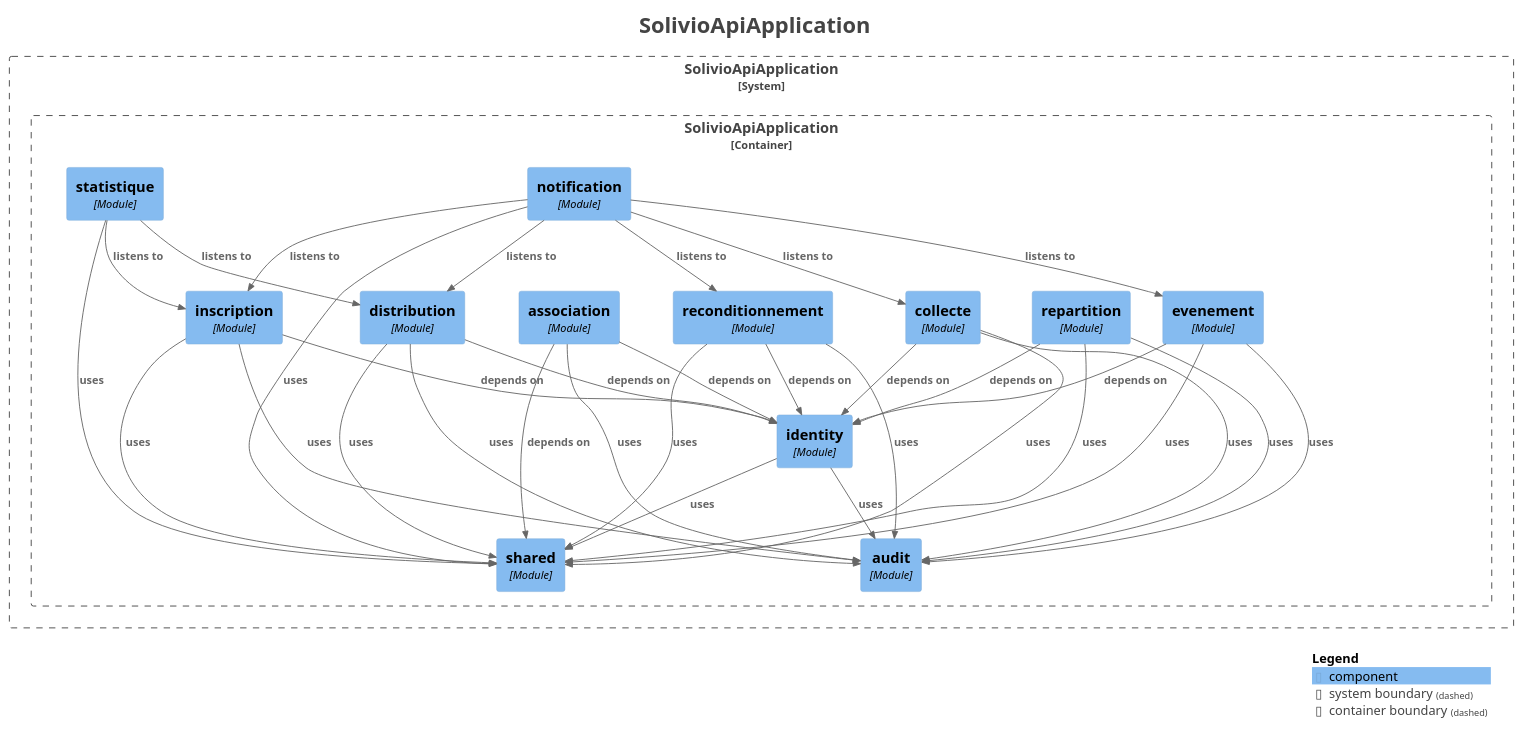
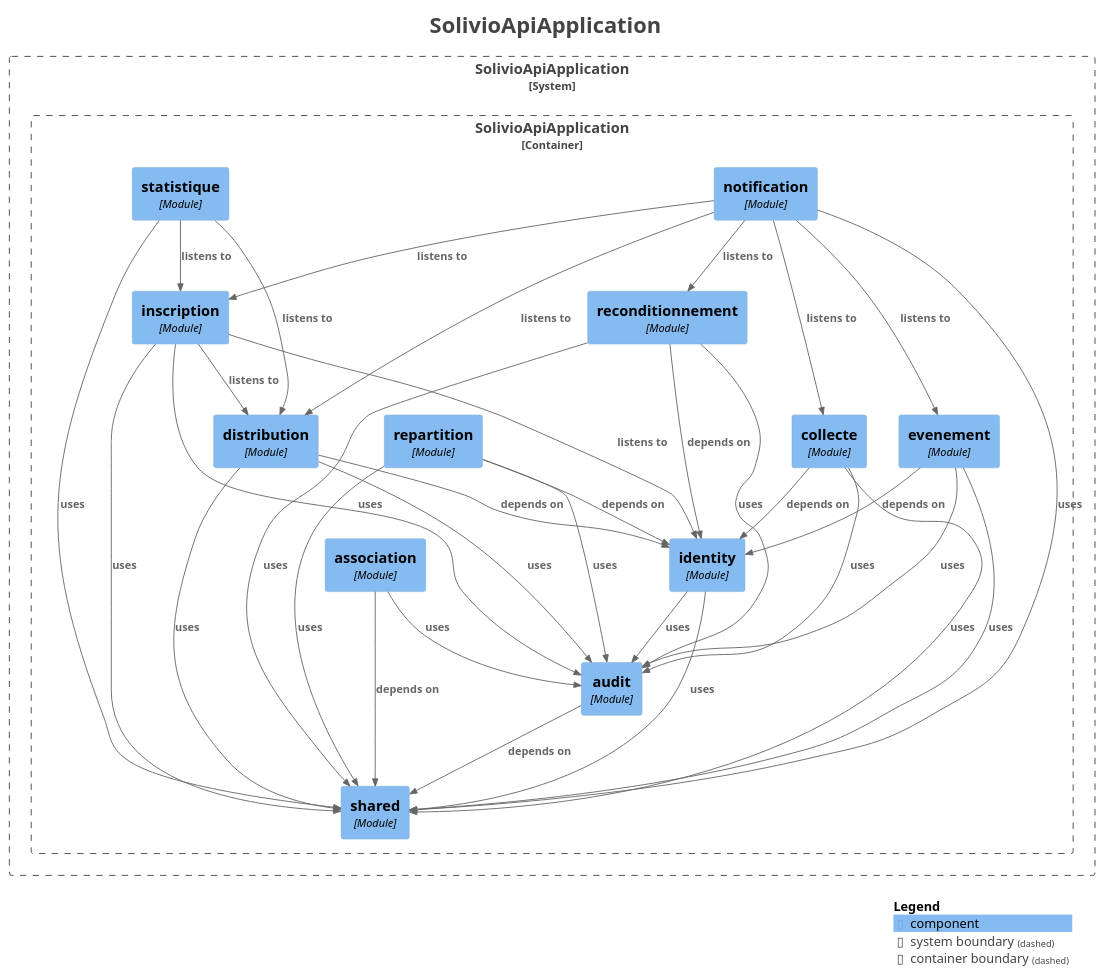
The diagram in docs/modules/components.puml (Joello61/solivio), drawn with PlantUML before and after one commit. The commit also changed 40 other files, not shown here.

```diff
--- a/docs/modules/components.puml
+++ b/docs/modules/components.puml
@@ -1,71 +1,72 @@
 @startuml
 title <size:24>SolivioApiApplication</size>
 
 set separator none
 top to bottom direction
 
 <style>
   root {
     BackgroundColor: #ffffff
     FontColor: #444444
   }
 </style>
 
 !include <C4/C4>
 !include <C4/C4_Context>
 !include <C4/C4_Component>
 
 System_Boundary("SolivioApiApplication_boundary", "SolivioApiApplication", $tags="") {
   Container_Boundary("SolivioApiApplication.SolivioApiApplication_boundary", "SolivioApiApplication", $tags="") {
-    Component(SolivioApiApplication.SolivioApiApplication.inscription, "inscription", $techn="Module", $descr="", $tags="", $link="")
     Component(SolivioApiApplication.SolivioApiApplication.reconditionnement, "reconditionnement", $techn="Module", $descr="", $tags="", $link="")
     Component(SolivioApiApplication.SolivioApiApplication.repartition, "repartition", $techn="Module", $descr="", $tags="", $link="")
+    Component(SolivioApiApplication.SolivioApiApplication.inscription, "inscription", $techn="Module", $descr="", $tags="", $link="")
     Component(SolivioApiApplication.SolivioApiApplication.notification, "notification", $techn="Module", $descr="", $tags="", $link="")
     Component(SolivioApiApplication.SolivioApiApplication.statistique, "statistique", $techn="Module", $descr="", $tags="", $link="")
+    Component(SolivioApiApplication.SolivioApiApplication.shared, "shared", $techn="Module", $descr="", $tags="", $link="")
     Component(SolivioApiApplication.SolivioApiApplication.audit, "audit", $techn="Module", $descr="", $tags="", $link="")
-    Component(SolivioApiApplication.SolivioApiApplication.shared, "shared", $techn="Module", $descr="", $tags="", $link="")
+    Component(SolivioApiApplication.SolivioApiApplication.association, "association", $techn="Module", $descr="", $tags="", $link="")
     Component(SolivioApiApplication.SolivioApiApplication.identity, "identity", $techn="Module", $descr="", $tags="", $link="")
-    Component(SolivioApiApplication.SolivioApiApplication.association, "association", $techn="Module", $descr="", $tags="", $link="")
     Component(SolivioApiApplication.SolivioApiApplication.collecte, "collecte", $techn="Module", $descr="", $tags="", $link="")
     Component(SolivioApiApplication.SolivioApiApplication.distribution, "distribution", $techn="Module", $descr="", $tags="", $link="")
     Component(SolivioApiApplication.SolivioApiApplication.evenement, "evenement", $techn="Module", $descr="", $tags="", $link="")
   }
 
 }
 
+Rel(SolivioApiApplication.SolivioApiApplication.collecte, SolivioApiApplication.SolivioApiApplication.identity, "depends on", $techn="", $tags="", $link="")
+Rel(SolivioApiApplication.SolivioApiApplication.collecte, SolivioApiApplication.SolivioApiApplication.shared, "uses", $techn="", $tags="", $link="")
+Rel(SolivioApiApplication.SolivioApiApplication.collecte, SolivioApiApplication.SolivioApiApplication.audit, "uses", $techn="", $tags="", $link="")
+Rel(SolivioApiApplication.SolivioApiApplication.reconditionnement, SolivioApiApplication.SolivioApiApplication.identity, "depends on", $techn="", $tags="", $link="")
+Rel(SolivioApiApplication.SolivioApiApplication.reconditionnement, SolivioApiApplication.SolivioApiApplication.shared, "uses", $techn="", $tags="", $link="")
+Rel(SolivioApiApplication.SolivioApiApplication.reconditionnement, SolivioApiApplication.SolivioApiApplication.audit, "uses", $techn="", $tags="", $link="")
+Rel(SolivioApiApplication.SolivioApiApplication.inscription, SolivioApiApplication.SolivioApiApplication.distribution, "listens to", $techn="", $tags="", $link="")
+Rel(SolivioApiApplication.SolivioApiApplication.inscription, SolivioApiApplication.SolivioApiApplication.identity, "listens to", $techn="", $tags="", $link="")
+Rel(SolivioApiApplication.SolivioApiApplication.inscription, SolivioApiApplication.SolivioApiApplication.shared, "uses", $techn="", $tags="", $link="")
+Rel(SolivioApiApplication.SolivioApiApplication.inscription, SolivioApiApplication.SolivioApiApplication.audit, "uses", $techn="", $tags="", $link="")
+Rel(SolivioApiApplication.SolivioApiApplication.distribution, SolivioApiApplication.SolivioApiApplication.identity, "depends on", $techn="", $tags="", $link="")
+Rel(SolivioApiApplication.SolivioApiApplication.distribution, SolivioApiApplication.SolivioApiApplication.shared, "uses", $techn="", $tags="", $link="")
+Rel(SolivioApiApplication.SolivioApiApplication.distribution, SolivioApiApplication.SolivioApiApplication.audit, "uses", $techn="", $tags="", $link="")
+Rel(SolivioApiApplication.SolivioApiApplication.audit, SolivioApiApplication.SolivioApiApplication.shared, "depends on", $techn="", $tags="", $link="")
+Rel(SolivioApiApplication.SolivioApiApplication.repartition, SolivioApiApplication.SolivioApiApplication.identity, "depends on", $techn="", $tags="", $link="")
+Rel(SolivioApiApplication.SolivioApiApplication.repartition, SolivioApiApplication.SolivioApiApplication.audit, "uses", $techn="", $tags="", $link="")
+Rel(SolivioApiApplication.SolivioApiApplication.repartition, SolivioApiApplication.SolivioApiApplication.shared, "uses", $techn="", $tags="", $link="")
+Rel(SolivioApiApplication.SolivioApiApplication.notification, SolivioApiApplication.SolivioApiApplication.evenement, "listens to", $techn="", $tags="", $link="")
+Rel(SolivioApiApplication.SolivioApiApplication.notification, SolivioApiApplication.SolivioApiApplication.collecte, "listens to", $techn="", $tags="", $link="")
+Rel(SolivioApiApplication.SolivioApiApplication.notification, SolivioApiApplication.SolivioApiApplication.inscription, "listens to", $techn="", $tags="", $link="")
+Rel(SolivioApiApplication.SolivioApiApplication.notification, SolivioApiApplication.SolivioApiApplication.distribution, "listens to", $techn="", $tags="", $link="")
+Rel(SolivioApiApplication.SolivioApiApplication.notification, SolivioApiApplication.SolivioApiApplication.reconditionnement, "listens to", $techn="", $tags="", $link="")
+Rel(SolivioApiApplication.SolivioApiApplication.notification, SolivioApiApplication.SolivioApiApplication.shared, "uses", $techn="", $tags="", $link="")
 Rel(SolivioApiApplication.SolivioApiApplication.evenement, SolivioApiApplication.SolivioApiApplication.identity, "depends on", $techn="", $tags="", $link="")
 Rel(SolivioApiApplication.SolivioApiApplication.evenement, SolivioApiApplication.SolivioApiApplication.shared, "uses", $techn="", $tags="", $link="")
 Rel(SolivioApiApplication.SolivioApiApplication.evenement, SolivioApiApplication.SolivioApiApplication.audit, "uses", $techn="", $tags="", $link="")
+Rel(SolivioApiApplication.SolivioApiApplication.association, SolivioApiApplication.SolivioApiApplication.shared, "depends on", $techn="", $tags="", $link="")
+Rel(SolivioApiApplication.SolivioApiApplication.association, SolivioApiApplication.SolivioApiApplication.audit, "uses", $techn="", $tags="", $link="")
+Rel(SolivioApiApplication.SolivioApiApplication.identity, SolivioApiApplication.SolivioApiApplication.audit, "uses", $techn="", $tags="", $link="")
 Rel(SolivioApiApplication.SolivioApiApplication.identity, SolivioApiApplication.SolivioApiApplication.shared, "uses", $techn="", $tags="", $link="")
-Rel(SolivioApiApplication.SolivioApiApplication.identity, SolivioApiApplication.SolivioApiApplication.audit, "uses", $techn="", $tags="", $link="")
-Rel(SolivioApiApplication.SolivioApiApplication.association, SolivioApiApplication.SolivioApiApplication.shared, "depends on", $techn="", $tags="", $link="")
-Rel(SolivioApiApplication.SolivioApiApplication.association, SolivioApiApplication.SolivioApiApplication.identity, "depends on", $techn="", $tags="", $link="")
-Rel(SolivioApiApplication.SolivioApiApplication.association, SolivioApiApplication.SolivioApiApplication.audit, "uses", $techn="", $tags="", $link="")
-Rel(SolivioApiApplication.SolivioApiApplication.notification, SolivioApiApplication.SolivioApiApplication.reconditionnement, "listens to", $techn="", $tags="", $link="")
-Rel(SolivioApiApplication.SolivioApiApplication.notification, SolivioApiApplication.SolivioApiApplication.inscription, "listens to", $techn="", $tags="", $link="")
-Rel(SolivioApiApplication.SolivioApiApplication.notification, SolivioApiApplication.SolivioApiApplication.collecte, "listens to", $techn="", $tags="", $link="")
-Rel(SolivioApiApplication.SolivioApiApplication.notification, SolivioApiApplication.SolivioApiApplication.distribution, "listens to", $techn="", $tags="", $link="")
-Rel(SolivioApiApplication.SolivioApiApplication.notification, SolivioApiApplication.SolivioApiApplication.evenement, "listens to", $techn="", $tags="", $link="")
-Rel(SolivioApiApplication.SolivioApiApplication.notification, SolivioApiApplication.SolivioApiApplication.shared, "uses", $techn="", $tags="", $link="")
-Rel(SolivioApiApplication.SolivioApiApplication.reconditionnement, SolivioApiApplication.SolivioApiApplication.identity, "depends on", $techn="", $tags="", $link="")
-Rel(SolivioApiApplication.SolivioApiApplication.reconditionnement, SolivioApiApplication.SolivioApiApplication.shared, "uses", $techn="", $tags="", $link="")
-Rel(SolivioApiApplication.SolivioApiApplication.reconditionnement, SolivioApiApplication.SolivioApiApplication.audit, "uses", $techn="", $tags="", $link="")
 Rel(SolivioApiApplication.SolivioApiApplication.statistique, SolivioApiApplication.SolivioApiApplication.distribution, "listens to", $techn="", $tags="", $link="")
 Rel(SolivioApiApplication.SolivioApiApplication.statistique, SolivioApiApplication.SolivioApiApplication.inscription, "listens to", $techn="", $tags="", $link="")
 Rel(SolivioApiApplication.SolivioApiApplication.statistique, SolivioApiApplication.SolivioApiApplication.shared, "uses", $techn="", $tags="", $link="")
-Rel(SolivioApiApplication.SolivioApiApplication.inscription, SolivioApiApplication.SolivioApiApplication.identity, "depends on", $techn="", $tags="", $link="")
-Rel(SolivioApiApplication.SolivioApiApplication.inscription, SolivioApiApplication.SolivioApiApplication.shared, "uses", $techn="", $tags="", $link="")
-Rel(SolivioApiApplication.SolivioApiApplication.inscription, SolivioApiApplication.SolivioApiApplication.audit, "uses", $techn="", $tags="", $link="")
-Rel(SolivioApiApplication.SolivioApiApplication.collecte, SolivioApiApplication.SolivioApiApplication.identity, "depends on", $techn="", $tags="", $link="")
-Rel(SolivioApiApplication.SolivioApiApplication.collecte, SolivioApiApplication.SolivioApiApplication.shared, "uses", $techn="", $tags="", $link="")
-Rel(SolivioApiApplication.SolivioApiApplication.collecte, SolivioApiApplication.SolivioApiApplication.audit, "uses", $techn="", $tags="", $link="")
-Rel(SolivioApiApplication.SolivioApiApplication.distribution, SolivioApiApplication.SolivioApiApplication.identity, "depends on", $techn="", $tags="", $link="")
-Rel(SolivioApiApplication.SolivioApiApplication.distribution, SolivioApiApplication.SolivioApiApplication.shared, "uses", $techn="", $tags="", $link="")
-Rel(SolivioApiApplication.SolivioApiApplication.distribution, SolivioApiApplication.SolivioApiApplication.audit, "uses", $techn="", $tags="", $link="")
-Rel(SolivioApiApplication.SolivioApiApplication.repartition, SolivioApiApplication.SolivioApiApplication.identity, "depends on", $techn="", $tags="", $link="")
-Rel(SolivioApiApplication.SolivioApiApplication.repartition, SolivioApiApplication.SolivioApiApplication.audit, "uses", $techn="", $tags="", $link="")
-Rel(SolivioApiApplication.SolivioApiApplication.repartition, SolivioApiApplication.SolivioApiApplication.shared, "uses", $techn="", $tags="", $link="")
 
 SHOW_LEGEND(true)
 hide stereotypes
 @enduml
```
